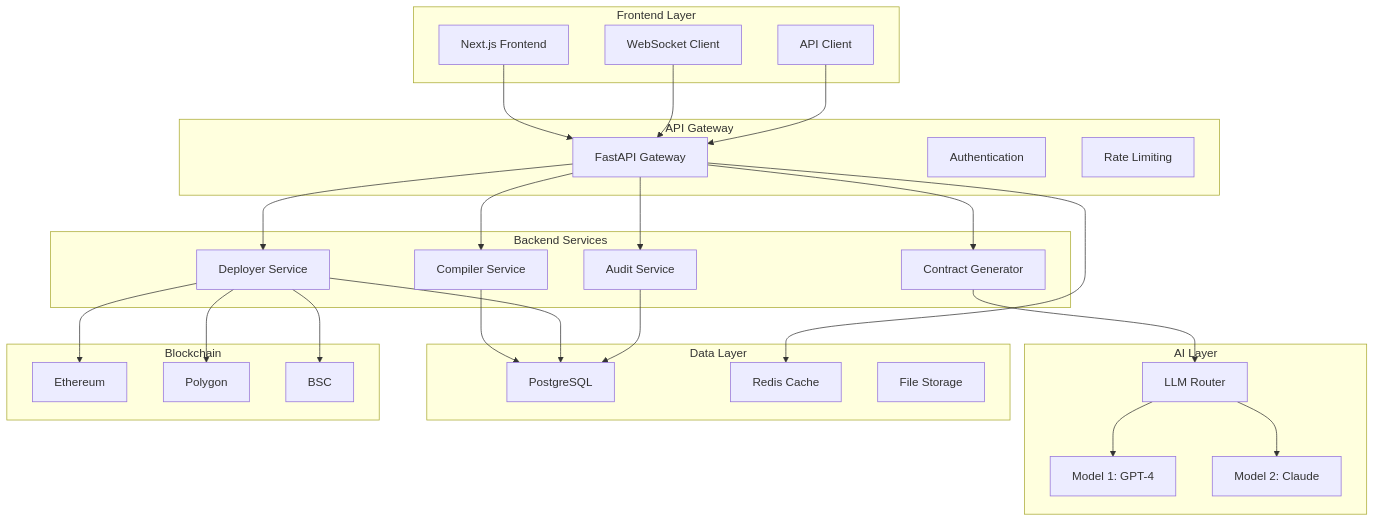
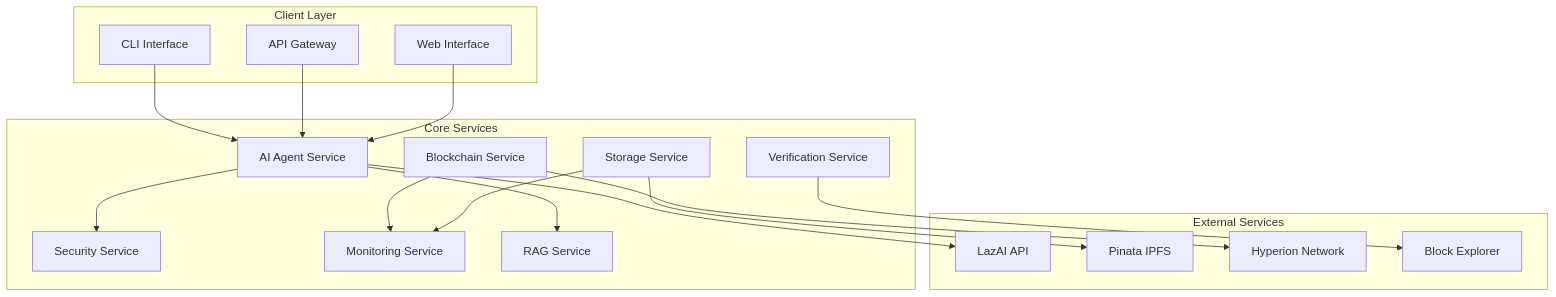
One commit to JustineDevs/Hyperkit-Agent changed the first of 13 diagrams in hyperkit-agent/docs/ARCHITECTURE_DIAGRAMS.md. Above: the diagram before and after it, drawn with Mermaid. The commit also changed other lines of this file and 118 other files, not shown here.

````diff
--- a/hyperkit-agent/docs/ARCHITECTURE_DIAGRAMS.md
+++ b/hyperkit-agent/docs/ARCHITECTURE_DIAGRAMS.md
@@ -17,57 +21,39 @@
 ```mermaid
 graph TB
-    subgraph "Frontend Layer"
-        A[Next.js Frontend]
-        B[WebSocket Client]
-        C[API Client]
+    subgraph "Client Layer"
+        CLI[CLI Interface]
+        API[API Gateway]
+        WEB[Web Interface]
     end
     
-    subgraph "API Gateway"
-        D[FastAPI Gateway]
-        E[Authentication]
-        F[Rate Limiting]
+    subgraph "Core Services"
+        AI[AI Agent Service]
+        BC[Blockchain Service]
+        ST[Storage Service]
+        SEC[Security Service]
+        MON[Monitoring Service]
+        RAG[RAG Service]
+        VER[Verification Service]
     end
     
-    subgraph "Backend Services"
-        G[Contract Generator]
-        H[Compiler Service]
-        I[Deployer Service]
-        J[Audit Service]
+    subgraph "External Services"
+        LAZAI[LazAI API]
+        PINATA[Pinata IPFS]
+        HYPERION[Hyperion Network]
+        EXPLORER[Block Explorer]
     end
     
-    subgraph "AI Layer"
-        K[LLM Router]
-        L[Model 1: GPT-4]
-        M[Model 2: Claude]
-    end
+    CLI --> AI
+    API --> AI
+    WEB --> AI
     
-    subgraph "Data Layer"
-        N[PostgreSQL]
-        O[Redis Cache]
-        P[File Storage]
-    end
+    AI --> LAZAI
+    BC --> HYPERION
+    ST --> PINATA
+    VER --> EXPLORER
     
-    subgraph "Blockchain"
-        Q[Ethereum]
-        R[Polygon]
-        S[BSC]
-    end
-    
-    A --> D
-    B --> D
-    C --> D
-    D --> G
-    D --> H
-    D --> I
-    D --> J
-    G --> K
-    K --> L
-    K --> M
-    H --> N
-    I --> N
-    J --> N
-    I --> Q
-    I --> R
-    I --> S
-    D --> O
+    AI --> RAG
+    AI --> SEC
+    BC --> MON
+    ST --> MON
 ```
````
